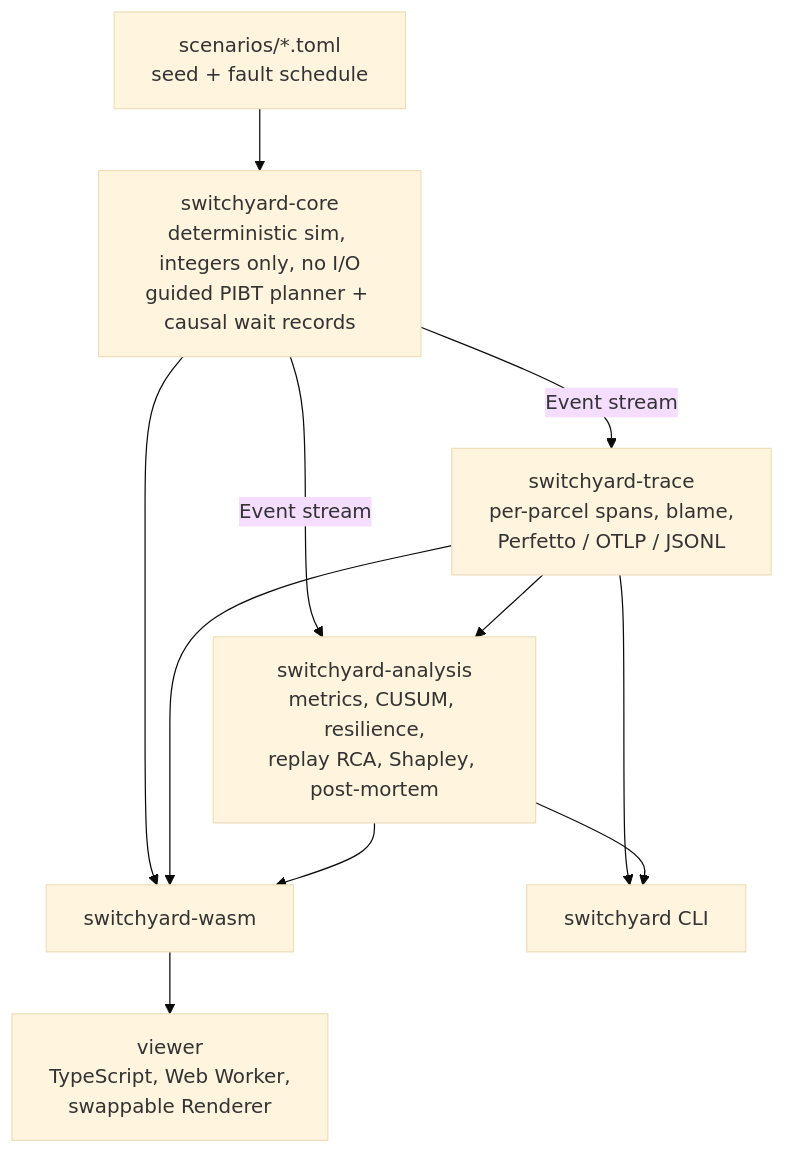
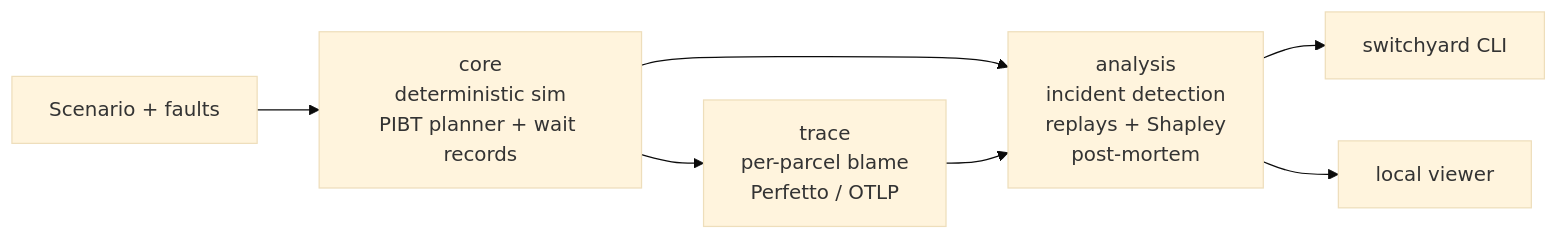
Before and after one commit to kassem-kanjo/switchyard: the diagram in README.md, drawn with Mermaid (base theme). The commit also changed other lines of this file and 4 other files, not shown here.

````diff
--- a/README.md
+++ b/README.md
@@ -90,13 +36,9 @@
 ```mermaid
-flowchart TD
-    S[scenarios/*.toml<br/>seed + fault schedule] --> C
-    C["switchyard-core<br/>deterministic sim, integers only, no I/O<br/>guided PIBT planner + causal wait records"] -->|Event stream| T[switchyard-trace<br/>per-parcel spans, blame,<br/>Perfetto / OTLP / JSONL]
-    C -->|Event stream| A[switchyard-analysis<br/>metrics, CUSUM, resilience,<br/>replay RCA, Shapley, post-mortem]
+flowchart LR
+    S[Scenario + faults] --> C[core<br/>deterministic sim<br/>PIBT planner + wait records]
+    C --> T[trace<br/>per-parcel blame<br/>Perfetto / OTLP]
+    C --> A[analysis<br/>incident detection<br/>replays + Shapley<br/>post-mortem]
     T --> A
-    C --> W[switchyard-wasm]
-    T --> W
-    A --> W
-    W --> V[viewer<br/>TypeScript, Web Worker,<br/>swappable Renderer]
-    T --> L[switchyard CLI]
-    A --> L
+    A --> L[switchyard CLI]
+    A --> V[local viewer]
 ```
````
